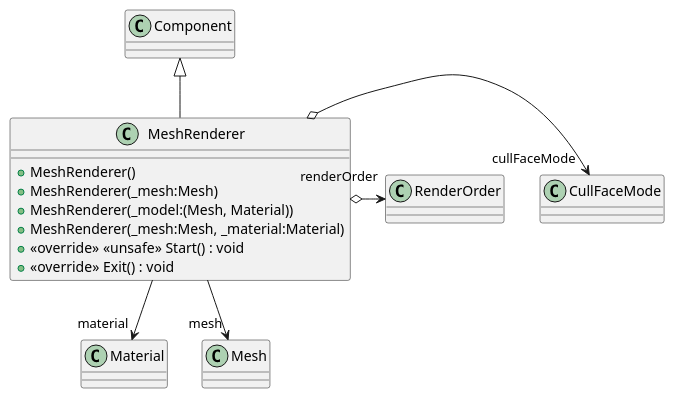
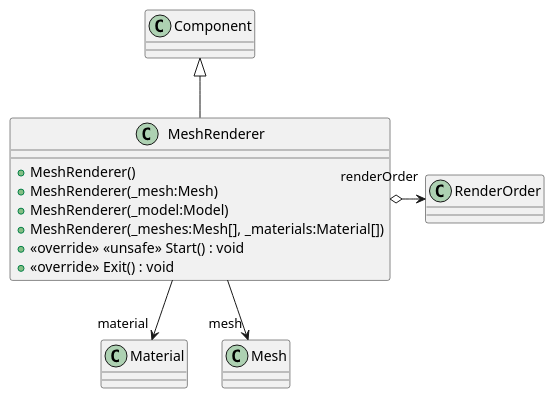
One commit to Zaephus/GraphicsProgramming changed the diagram in UML/Core/Graphics/MeshRenderer.puml. Above: the diagram before and after it, drawn with PlantUML. The commit also changed 44 other files, not shown here.

Commit message:
Generate UML (Generate UML)

```diff
--- a/UML/Core/Graphics/MeshRenderer.puml
+++ b/UML/Core/Graphics/MeshRenderer.puml
@@ -1,15 +1,14 @@
 @startuml
 class MeshRenderer {
     + MeshRenderer()
     + MeshRenderer(_mesh:Mesh)
-    + MeshRenderer(_model:(Mesh, Material))
-    + MeshRenderer(_mesh:Mesh, _material:Material)
+    + MeshRenderer(_model:Model)
+    + MeshRenderer(_meshes:Mesh[], _materials:Material[])
     + <<override>> <<unsafe>> Start() : void
     + <<override>> Exit() : void
 }
 Component <|-- MeshRenderer
 MeshRenderer --> "material" Material
 MeshRenderer --> "mesh" Mesh
-MeshRenderer o-> "cullFaceMode" CullFaceMode
 MeshRenderer o-> "renderOrder" RenderOrder
 @enduml
```
